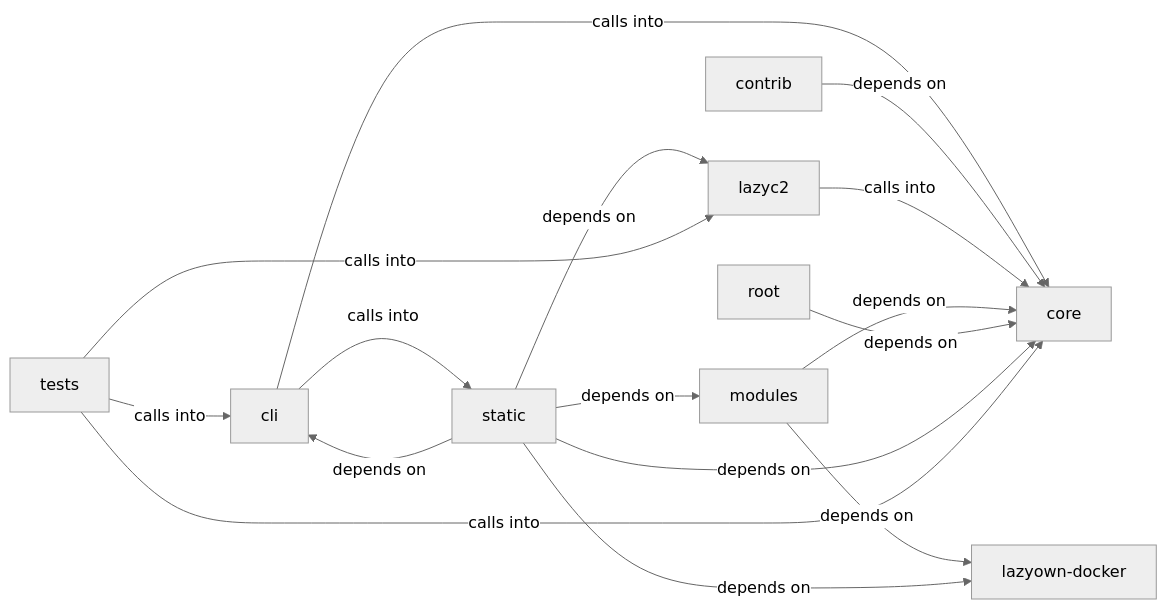
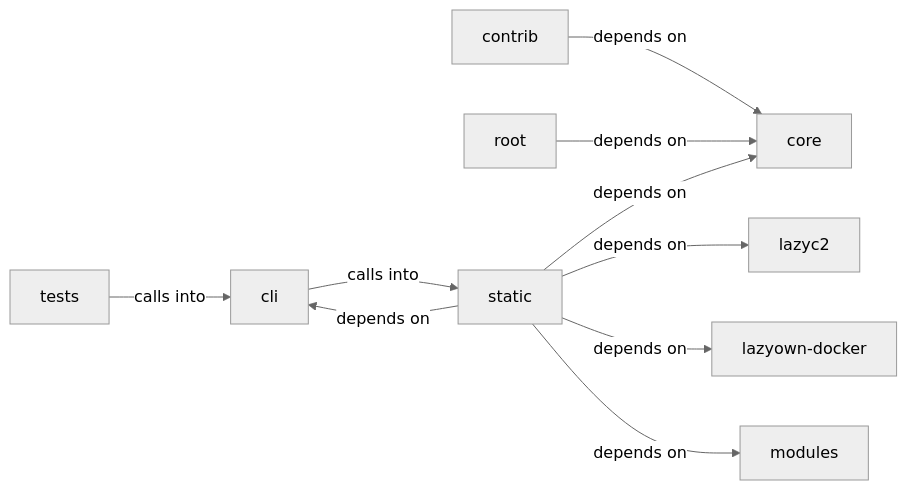
One commit to grisuno/LazyOwn changed the diagram in readmenator-diagrams/static_js.md. Above: the diagram before and after it, drawn with Mermaid (neutral theme). The commit also changed other lines of this file and 496 other files, not shown here.

First line of the commit message:
test: A mediator architecture is implemented with a safety harness inspired by Apollo 11.

````diff
--- a/readmenator-diagrams/static_js.md
+++ b/readmenator-diagrams/static_js.md
@@ -5,27 +5,21 @@
 ```mermaid
 graph LR
     cli["cli"]
     contrib["contrib"]
     core["core"]
     lazyc2["lazyc2"]
     lazyown_docker["lazyown-docker"]
     modules["modules"]
     root["root"]
     static["static"]
     tests["tests"]
-    cli -- "calls into" --> core
     cli -- "calls into" --> static
     contrib -- "depends on" --> core
-    lazyc2 -- "calls into" --> core
-    modules -- "depends on" --> core
-    modules -- "depends on" --> lazyown_docker
     root -- "depends on" --> core
     static -- "depends on" --> cli
     static -- "depends on" --> core
     static -- "depends on" --> lazyc2
     static -- "depends on" --> lazyown_docker
     static -- "depends on" --> modules
     tests -- "calls into" --> cli
-    tests -- "calls into" --> core
-    tests -- "calls into" --> lazyc2
 ```
````
